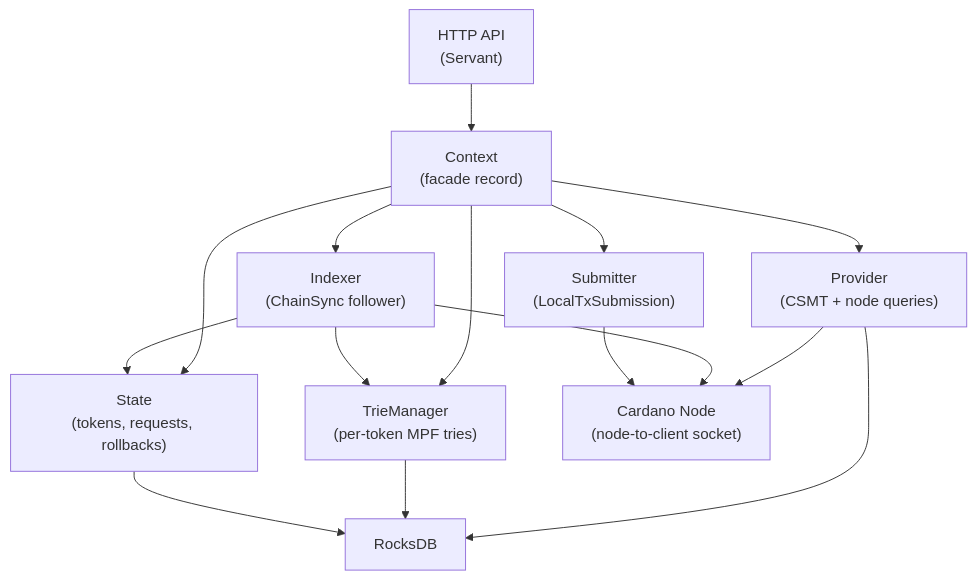
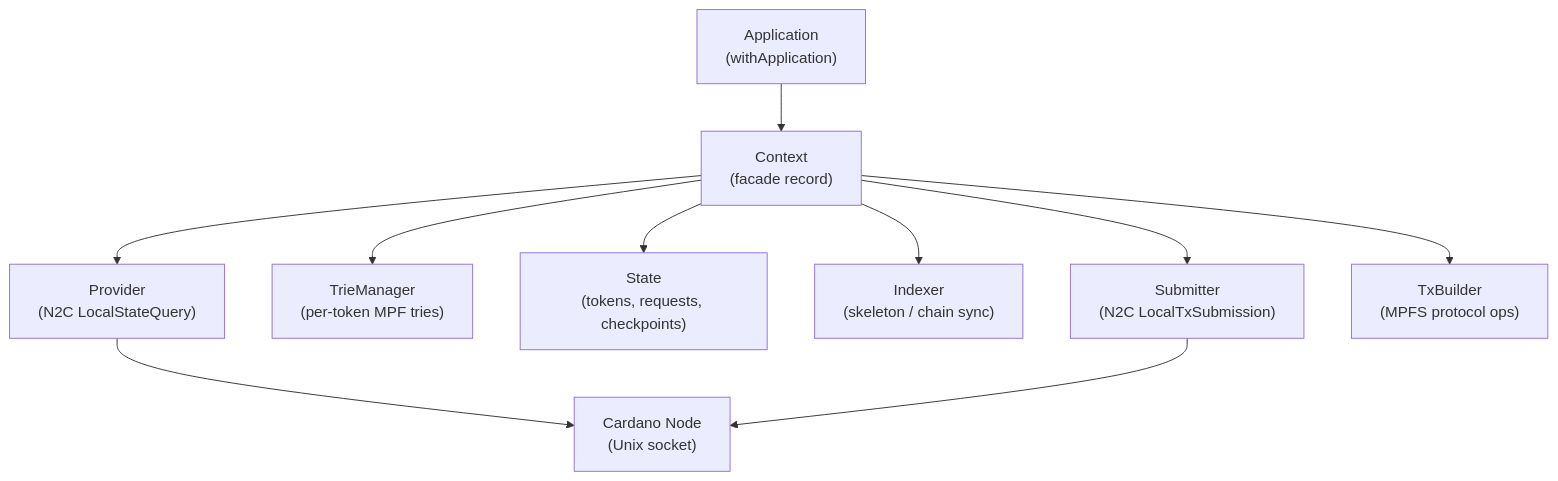
The second of 5 diagrams in docs/architecture/overview.md (paolino/haskell-mpf), drawn with Mermaid before and after one commit. The commit also changed other lines of this file and 6 other files, not shown here.

Commit message:
docs: update architecture docs to match current code state

````diff
--- a/docs/architecture/overview.md
+++ b/docs/architecture/overview.md
@@ -29,27 +29,22 @@
 ```mermaid
 graph TD
-    HTTP["HTTP API<br/>(Servant)"]
+    APP["Application<br/>(withApplication)"]
     CTX["Context<br/>(facade record)"]
-    PRV["Provider<br/>(CSMT + node queries)"]
+    PRV["Provider<br/>(N2C LocalStateQuery)"]
     TM["TrieManager<br/>(per-token MPF tries)"]
-    ST["State<br/>(tokens, requests, rollbacks)"]
-    IDX["Indexer<br/>(ChainSync follower)"]
-    SUB["Submitter<br/>(LocalTxSubmission)"]
-    DB["RocksDB"]
-    NODE["Cardano Node<br/>(node-to-client socket)"]
+    ST["State<br/>(tokens, requests, checkpoints)"]
+    IDX["Indexer<br/>(skeleton / chain sync)"]
+    SUB["Submitter<br/>(N2C LocalTxSubmission)"]
+    TXB["TxBuilder<br/>(MPFS protocol ops)"]
+    NODE["Cardano Node<br/>(Unix socket)"]
 
-    HTTP --> CTX
+    APP --> CTX
     CTX --> PRV
     CTX --> TM
     CTX --> ST
     CTX --> IDX
     CTX --> SUB
-    PRV --> DB
+    CTX --> TXB
     PRV --> NODE
-    TM --> DB
-    ST --> DB
-    IDX --> NODE
-    IDX --> ST
-    IDX --> TM
     SUB --> NODE
 ```
````
